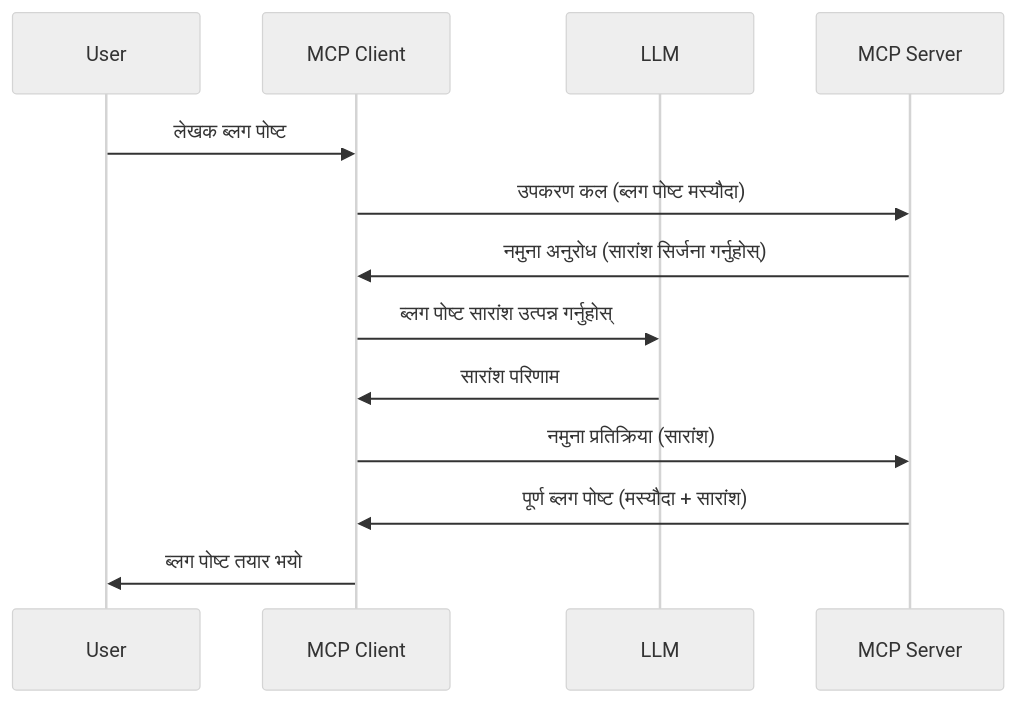
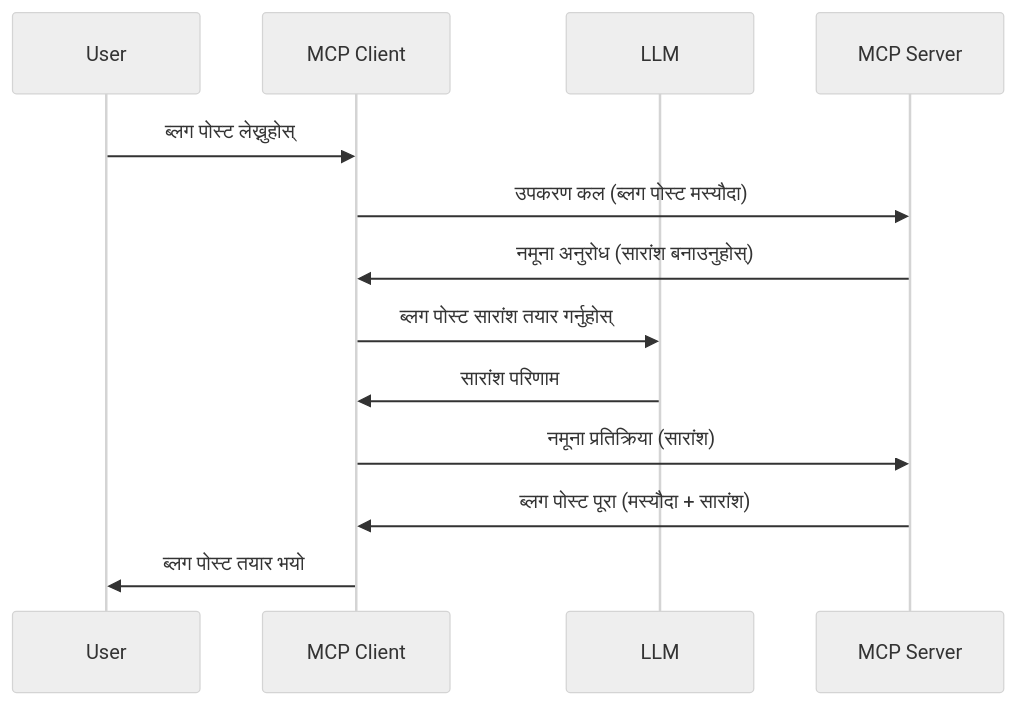
One commit to HIDORAKAI002/ai-workspace-archive changed the diagram in mcp_ecosystem__model_context_protocol/mcp_learning_resources/mcp-for-beginners/translations/ne/03-GettingStarted/14-sampling/README.md. Above: the diagram before and after it, drawn with Mermaid (neutral theme). The commit also changed other lines of this file and 1160 other files, not shown here.

````diff
--- a/mcp_ecosystem__model_context_protocol/mcp_learning_resources/mcp-for-beginners/translations/ne/03-GettingStarted/14-sampling/README.md
+++ b/mcp_ecosystem__model_context_protocol/mcp_learning_resources/mcp-for-beginners/translations/ne/03-GettingStarted/14-sampling/README.md
@@ -23,16 +23,16 @@
 ```mermaid
 sequenceDiagram
     participant User
     participant MCP Client
     participant LLM
     participant MCP Server
 
-    User->>MCP Client: लेखक ब्लग पोष्ट
-    MCP Client->>MCP Server: उपकरण कल (ब्लग पोष्ट मस्यौदा)
-    MCP Server->>MCP Client: नमुना अनुरोध (सारांश सिर्जना गर्नुहोस्)
-    MCP Client->>LLM: ब्लग पोष्ट सारांश उत्पन्न गर्नुहोस्
+    User->>MCP Client: ब्लग पोस्ट लेख्नुहोस्
+    MCP Client->>MCP Server: उपकरण कल (ब्लग पोस्ट मस्यौदा)
+    MCP Server->>MCP Client: नमूना अनुरोध (सारांश बनाउनुहोस्)
+    MCP Client->>LLM: ब्लग पोस्ट सारांश तयार गर्नुहोस्
     LLM->>MCP Client: सारांश परिणाम
-    MCP Client->>MCP Server: नमुना प्रतिक्रिया (सारांश)
-    MCP Server->>MCP Client: पूर्ण ब्लग पोष्ट (मस्यौदा + सारांश)
-    MCP Client->>User: ब्लग पोष्ट तयार भयो
+    MCP Client->>MCP Server: नमूना प्रतिक्रिया (सारांश)
+    MCP Server->>MCP Client: ब्लग पोस्ट पूरा (मस्यौदा + सारांश)
+    MCP Client->>User: ब्लग पोस्ट तयार भयो
 ```
````
